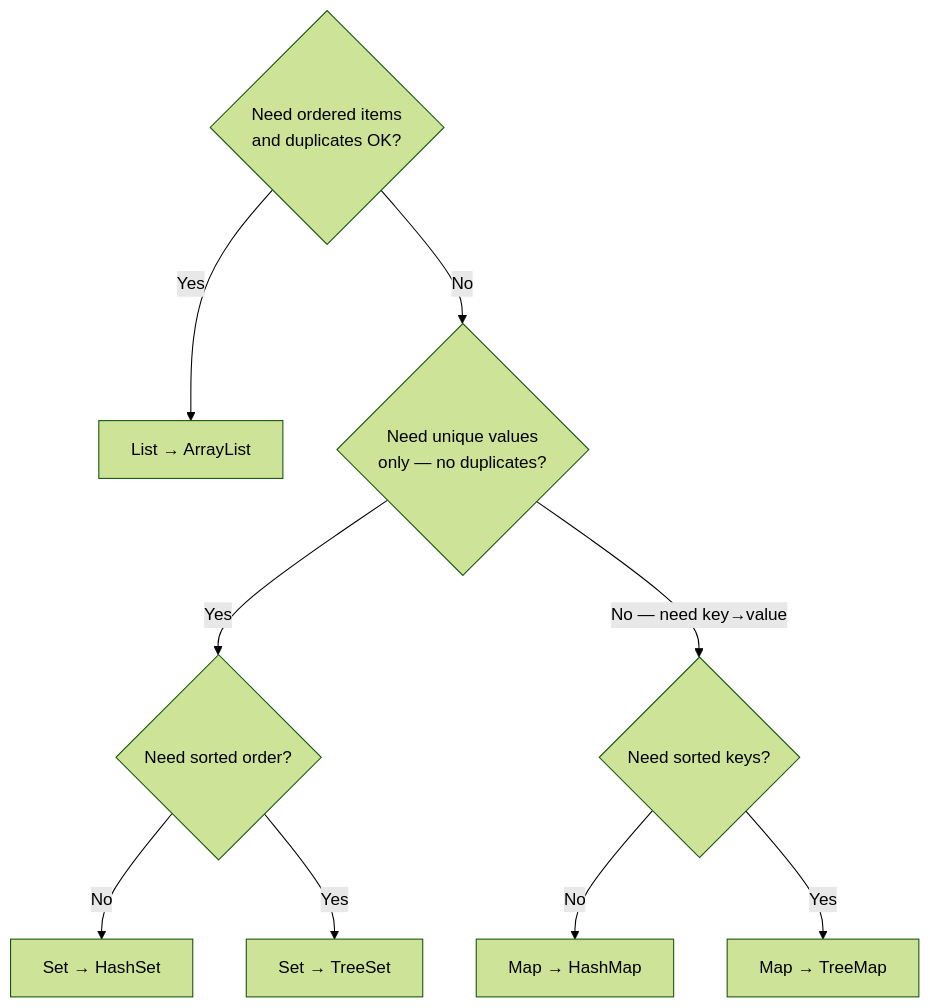
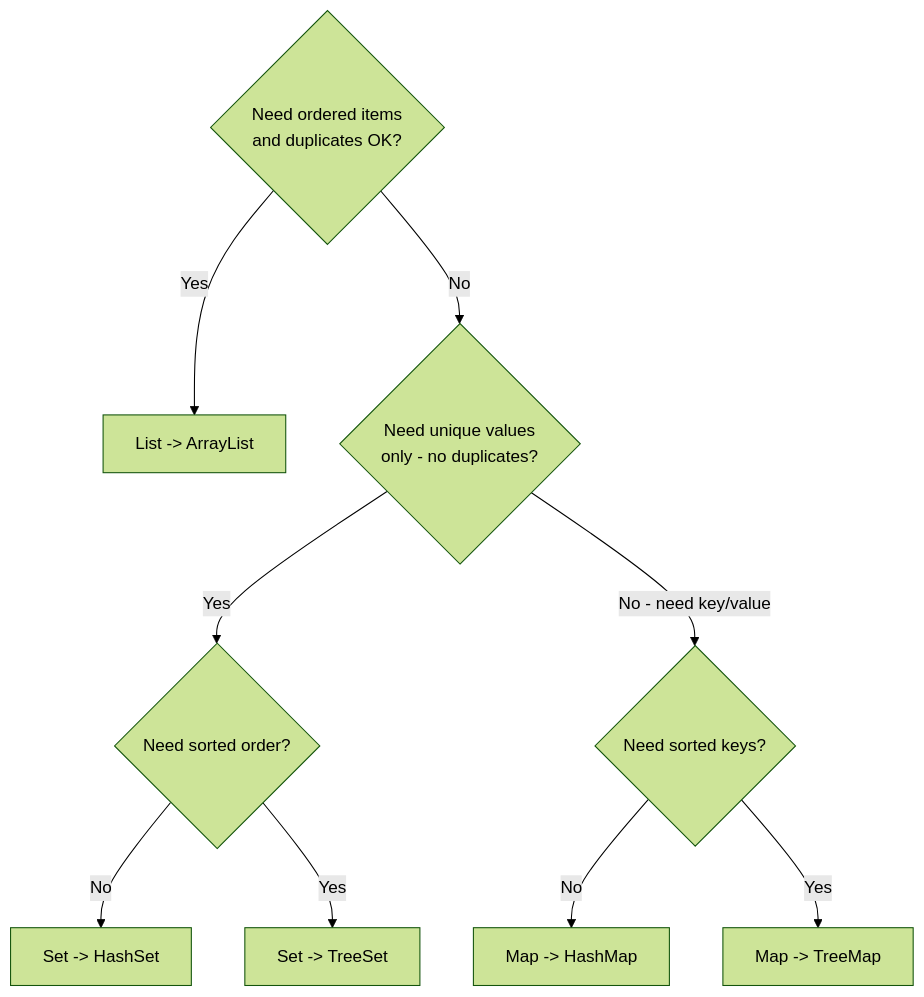
Before and after one commit to pupilliluke/bc-sw-engineer-java-participant: the second of 3 diagrams in labs/Week 1 - Java and JVM Foundations/module-05/lab5/LAB-5-GUIDE.md, drawn with Mermaid (forest theme). The commit also changed 55 other files, not shown here.

Commit message:
Stop publishing local screenshots; harden Mermaid for GitHub; sync only tracked lab files.

````diff
--- a/labs/Week 1 - Java and JVM Foundations/module-05/lab5/LAB-5-GUIDE.md
+++ b/labs/Week 1 - Java and JVM Foundations/module-05/lab5/LAB-5-GUIDE.md
@@ -108,12 +108,12 @@
 ```mermaid
 flowchart TD
     Q1{"Need ordered items<br/>and duplicates OK?"}
-    Q1 -->|Yes| L["List → ArrayList"]
-    Q1 -->|No| Q2{"Need unique values<br/>only — no duplicates?"}
+    Q1 -->|Yes| L["List -> ArrayList"]
+    Q1 -->|No| Q2{"Need unique values<br/>only - no duplicates?"}
     Q2 -->|Yes| Q3{"Need sorted order?"}
-    Q3 -->|No| S["Set → HashSet"]
-    Q3 -->|Yes| TS["Set → TreeSet"]
-    Q2 -->|No — need key→value| Q4{"Need sorted keys?"}
-    Q4 -->|No| M["Map → HashMap"]
-    Q4 -->|Yes| TM["Map → TreeMap"]
+    Q3 -->|No| S["Set -> HashSet"]
+    Q3 -->|Yes| TS["Set -> TreeSet"]
+    Q2 -->|"No - need key/value"| Q4{"Need sorted keys?"}
+    Q4 -->|No| M["Map -> HashMap"]
+    Q4 -->|Yes| TM["Map -> TreeMap"]
 ```
````
